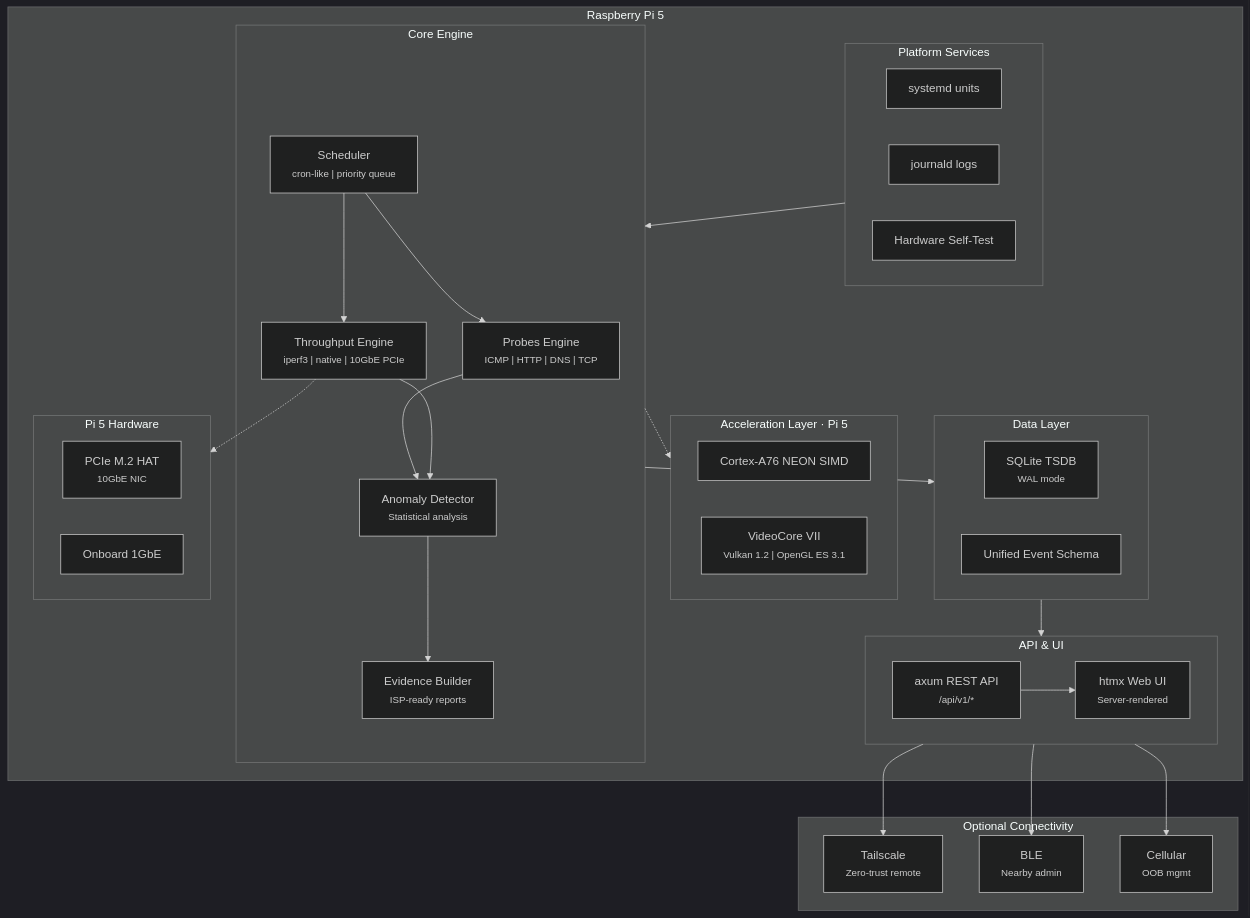
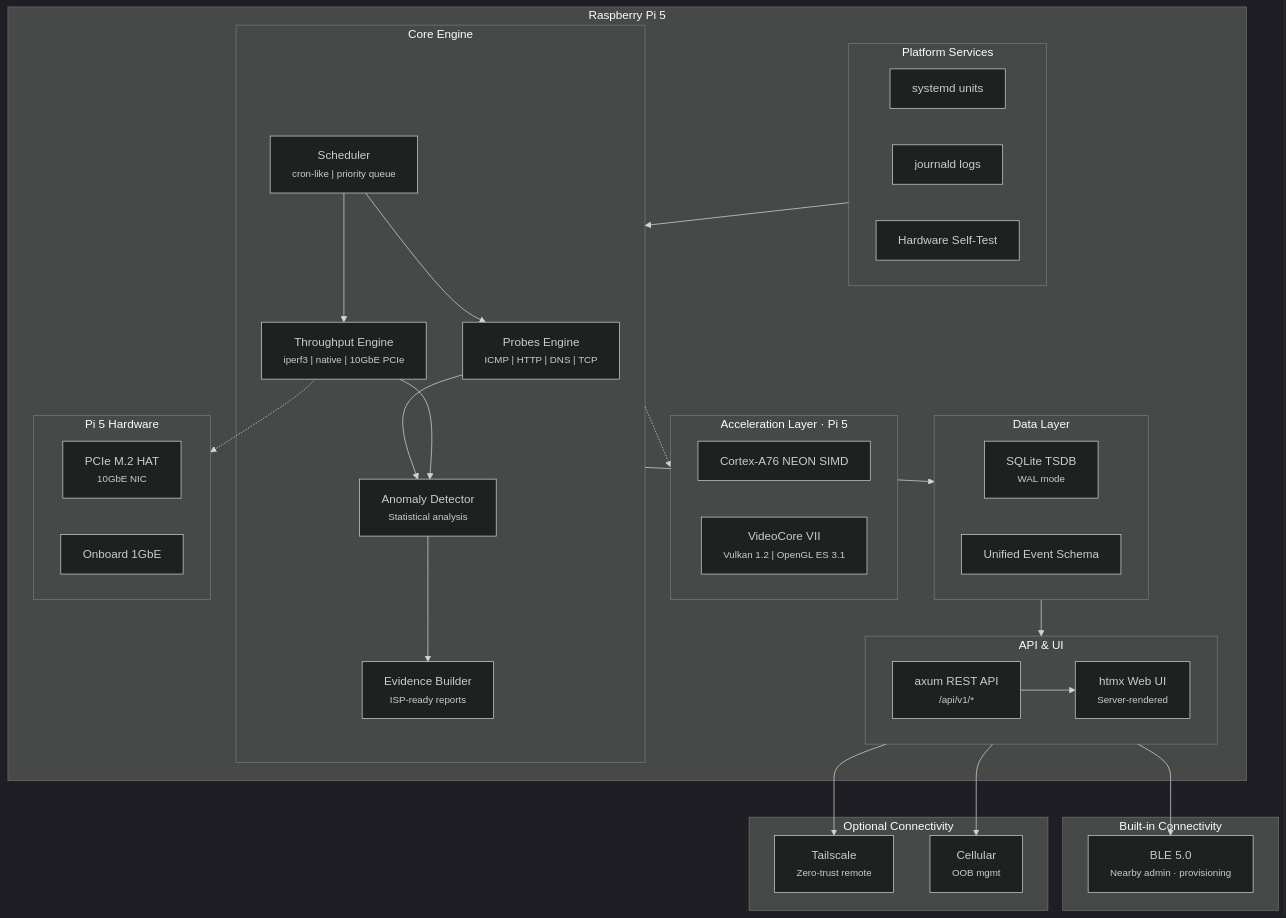
The first of 3 diagrams in README.md (ParkWardRR/PacketParamedic), drawn with Mermaid (dark theme) before and after one commit. The commit also changed other lines of this file and 2 other files, not shown here.

Commit message:
Make BLE a core feature, not optional (Pi 5 has built-in BT 5.0)
Pi 5 includes Bluetooth 5.0 / BLE on-board, so BLE nearby admin
and provisioning should be a core capability rather than optional.
Remove BLE from optional/feature-gated lists, update architecture
diagram to show BLE as built-in connectivity, expand Phase 12 BLE
scope with GATT status queries and auto-discovery, and remove BLE
from graceful degradation examples.

````diff
--- a/README.md
+++ b/README.md
@@ -61,60 +61,63 @@
 ```mermaid
 graph TB
     subgraph RaspberryPi["Raspberry Pi 5"]
         subgraph Core["Core Engine"]
             Probes["Probes Engine<br/><small>ICMP | HTTP | DNS | TCP</small>"]
             Throughput["Throughput Engine<br/><small>iperf3 | native | 10GbE PCIe</small>"]
             Scheduler["Scheduler<br/><small>cron-like | priority queue</small>"]
             Detect["Anomaly Detector<br/><small>Statistical analysis</small>"]
             Evidence["Evidence Builder<br/><small>ISP-ready reports</small>"]
             Scheduler --> Probes
             Scheduler --> Throughput
             Probes --> Detect
             Throughput --> Detect
             Detect --> Evidence
         end
 
         subgraph Accel["Acceleration Layer · Pi 5"]
             NEON["Cortex-A76 NEON SIMD"]
             GPU["VideoCore VII<br/><small>Vulkan 1.2 | OpenGL ES 3.1</small>"]
         end
 
         subgraph Data["Data Layer"]
             SQLite["SQLite TSDB<br/><small>WAL mode</small>"]
             Schema["Unified Event Schema"]
         end
 
         subgraph API["API & UI"]
             Axum["axum REST API<br/><small>/api/v1/*</small>"]
             HTMX["htmx Web UI<br/><small>Server-rendered</small>"]
             Axum --> HTMX
         end
 
         subgraph Platform["Platform Services"]
             Systemd["systemd units"]
             Journald["journald logs"]
             Selftest["Hardware Self-Test"]
         end
 
         subgraph HW["Pi 5 Hardware"]
             PCIe["PCIe M.2 HAT<br/><small>10GbE NIC</small>"]
             Onboard["Onboard 1GbE"]
         end
 
         Core --> Data
         Core -.-> Accel
         Data --> API
         Platform --> Core
         Throughput -.-> HW
     end
 
+    subgraph Builtin["Built-in Connectivity"]
+        BLE["BLE 5.0<br/><small>Nearby admin · provisioning</small>"]
+    end
+
     subgraph Optional["Optional Connectivity"]
         Tailscale["Tailscale<br/><small>Zero-trust remote</small>"]
-        BLE["BLE<br/><small>Nearby admin</small>"]
         Cellular["Cellular<br/><small>OOB mgmt</small>"]
     end
 
+    API --> BLE
     API --> Tailscale
-    API --> BLE
     API --> Cellular
 ```
````
